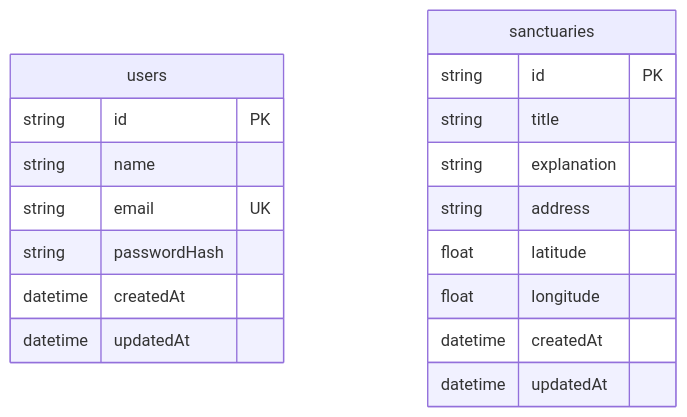
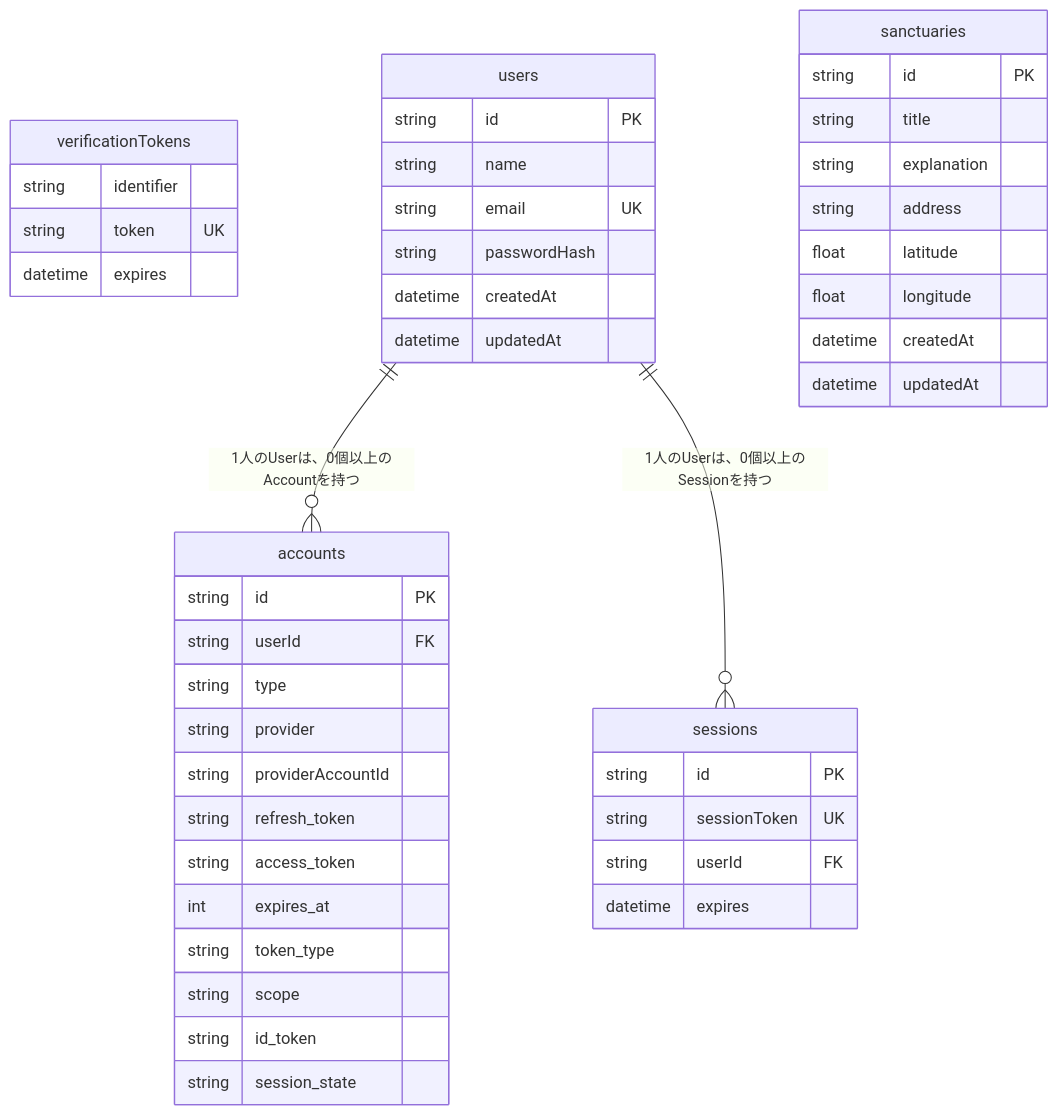
One commit to akanesi05/snowmap changed the diagram in README.md. Above: the diagram before and after it, drawn with Mermaid.

Commit message:
docs: ER図を改善

````diff
--- a/README.md
+++ b/README.md
@@ -200,22 +200,53 @@
 ```mermaid
 erDiagram
+    accounts {
+        string id PK
+        string userId FK
+        string type
+        string provider  
+        string providerAccountId  
+        string   refresh_token      
+        string   access_token      
+        int   expires_at  
+        string  token_type    
+        string  scope        
+        string id_token      
+        string session_state 
+              }
+    
+    sessions { 
+         string id PK 
+         string sessionToken UK 
+         string userId FK 
+         datetime expires 
+        }
+  
+    verificationTokens {
+         string identifier 
+         string token  UK
+         datetime expires
+        }
+
     users {
         string id PK
         string name
         string email UK
         string passwordHash
         datetime createdAt
         datetime updatedAt
     }
 
     sanctuaries {
         string id PK
         string title
         string explanation
         string address
         float latitude
         float longitude
         datetime createdAt
         datetime updatedAt
     }
+  
+  users ||--o{ accounts : "1人のUserは、0個以上のAccountを持つ"
+  users ||--o{ sessions : "1人のUserは、0個以上のSessionを持つ"
 ```
````
